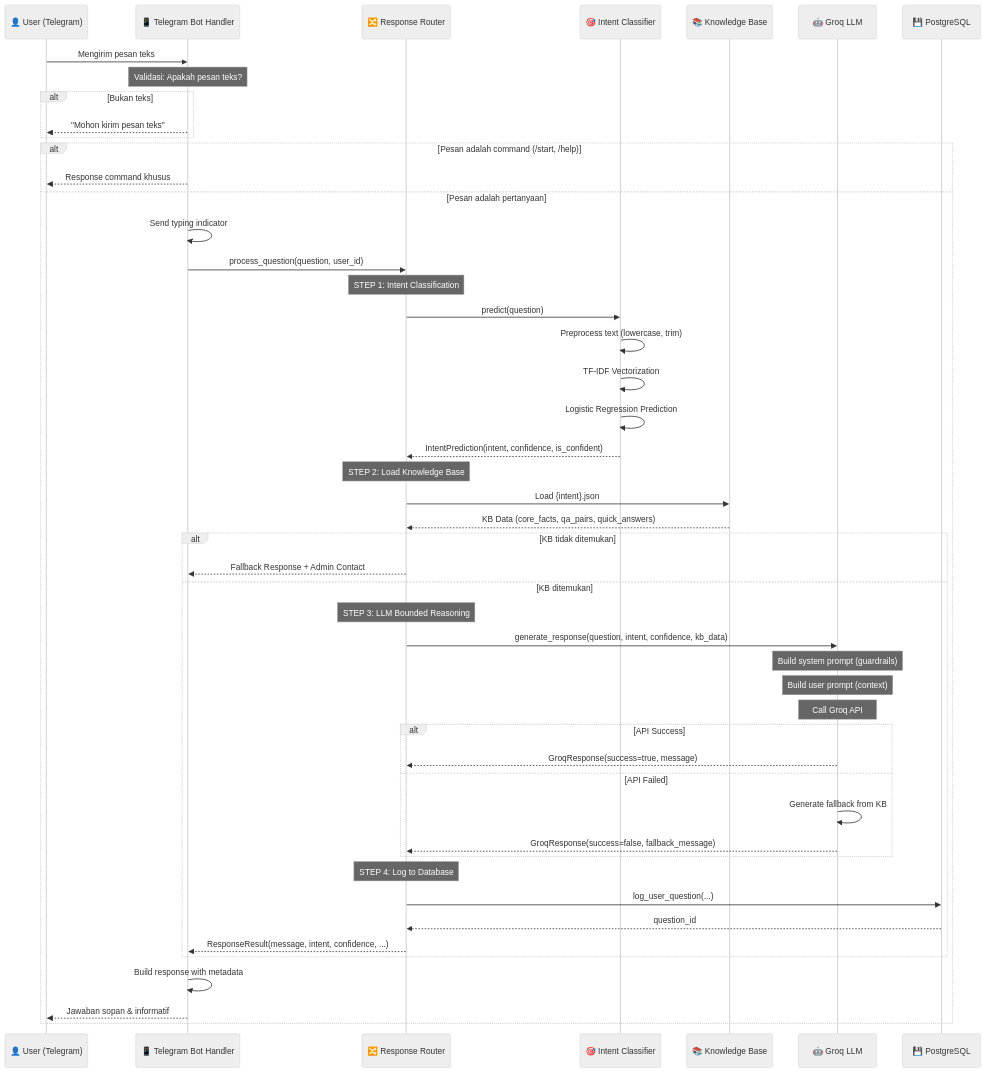
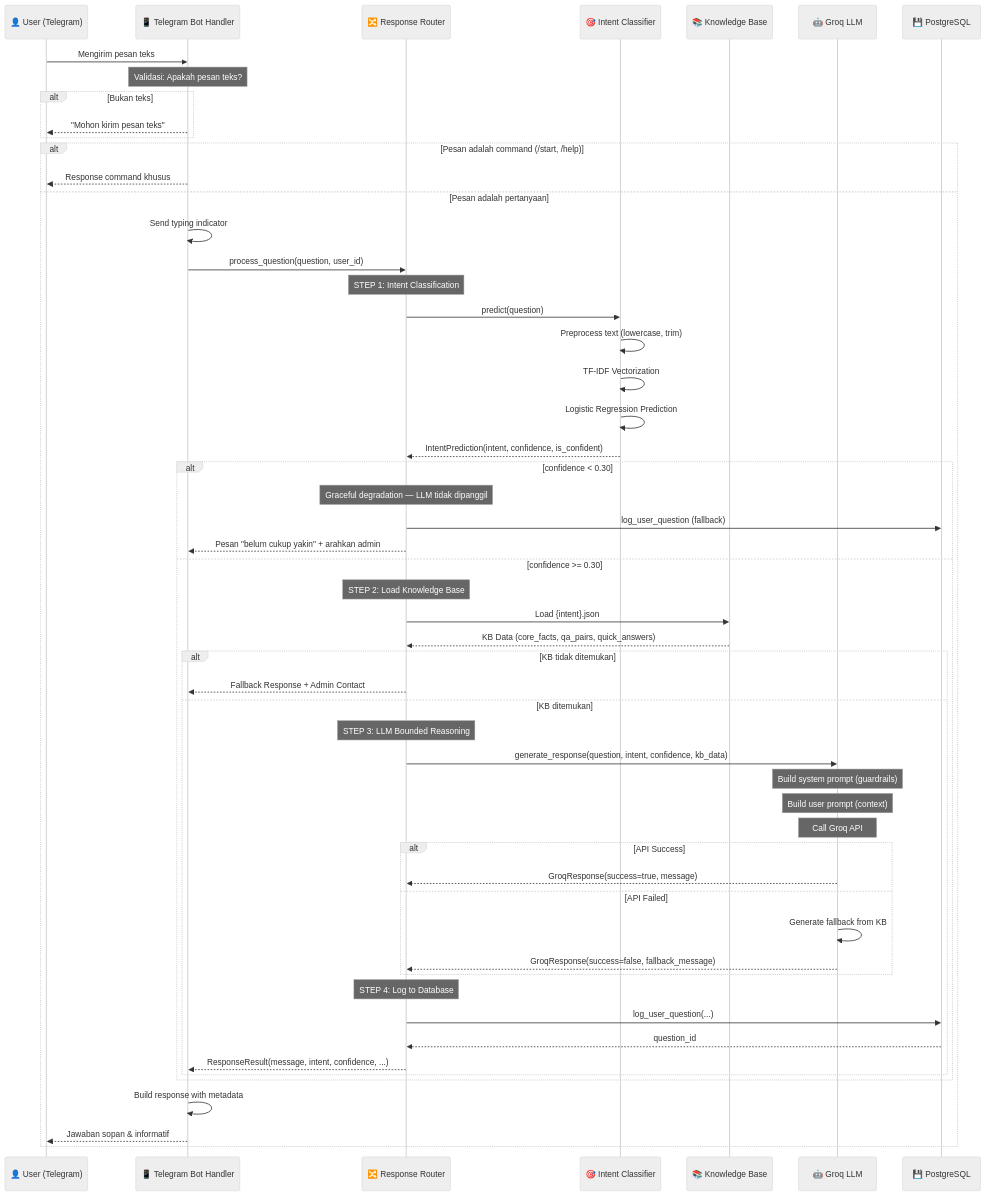
One commit to aa10222147-spec/chatbot-psb changed the diagram in doc/SYSTEM_FLOW.md. Above: the diagram before and after it, drawn with Mermaid (neutral theme). The commit also changed other lines of this file and 18 other files, not shown here.

Commit message:
docs: restructure documentation and add prompt guard and knowledge base schemas

````diff
--- a/doc/SYSTEM_FLOW.md
+++ b/doc/SYSTEM_FLOW.md
@@ -57,62 +57,68 @@
 ```mermaid
 sequenceDiagram
     participant U as 👤 User (Telegram)
     participant T as 📱 Telegram Bot Handler
     participant R as 🔀 Response Router
     participant IC as 🎯 Intent Classifier
     participant KB as 📚 Knowledge Base
     participant LLM as 🤖 Groq LLM
     participant DB as 💾 PostgreSQL
 
     U->>T: Mengirim pesan teks
     
     Note over T: Validasi: Apakah pesan teks?
     alt Bukan teks
         T-->>U: "Mohon kirim pesan teks"
     end
 
     alt Pesan adalah command (/start, /help)
         T-->>U: Response command khusus
     else Pesan adalah pertanyaan
         T->>T: Send typing indicator
         T->>R: process_question(question, user_id)
         
         Note over R: STEP 1: Intent Classification
         R->>IC: predict(question)
         IC->>IC: Preprocess text (lowercase, trim)
         IC->>IC: TF-IDF Vectorization
         IC->>IC: Logistic Regression Prediction
         IC-->>R: IntentPrediction(intent, confidence, is_confident)
-        
+
+        alt confidence < 0.30
+            Note over R: Graceful degradation — LLM tidak dipanggil
+            R->>DB: log_user_question (fallback)
+            R-->>T: Pesan "belum cukup yakin" + arahkan admin
+        else confidence >= 0.30
         Note over R: STEP 2: Load Knowledge Base
         R->>KB: Load {intent}.json
         KB-->>R: KB Data (core_facts, qa_pairs, quick_answers)
         
         alt KB tidak ditemukan
             R-->>T: Fallback Response + Admin Contact
         else KB ditemukan
             Note over R: STEP 3: LLM Bounded Reasoning
             R->>LLM: generate_response(question, intent, confidence, kb_data)
             
             Note over LLM: Build system prompt (guardrails)
             Note over LLM: Build user prompt (context)
             Note over LLM: Call Groq API
             
             alt API Success
                 LLM-->>R: GroqResponse(success=true, message)
             else API Failed
                 LLM->>LLM: Generate fallback from KB
                 LLM-->>R: GroqResponse(success=false, fallback_message)
             end
             
             Note over R: STEP 4: Log to Database
             R->>DB: log_user_question(...)
             DB-->>R: question_id
             
             R-->>T: ResponseResult(message, intent, confidence, ...)
         end
+        end
         
         T->>T: Build response with metadata
         T-->>U: Jawaban sopan & informatif
     end
 ```
````
